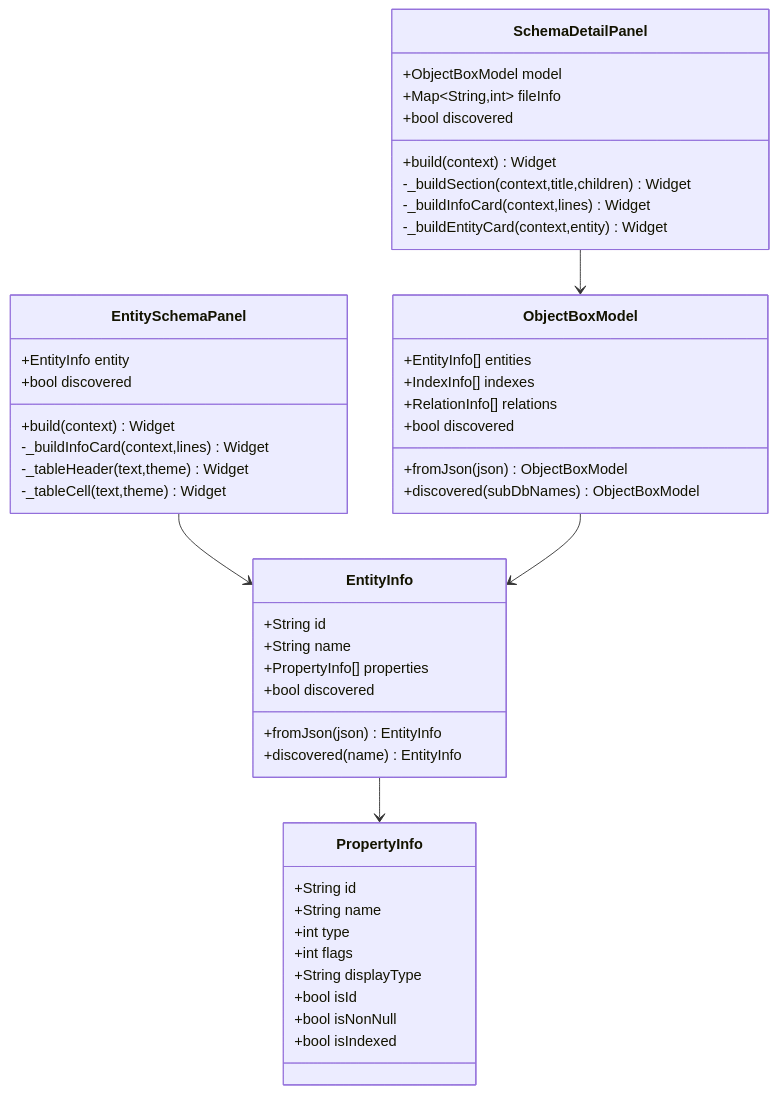
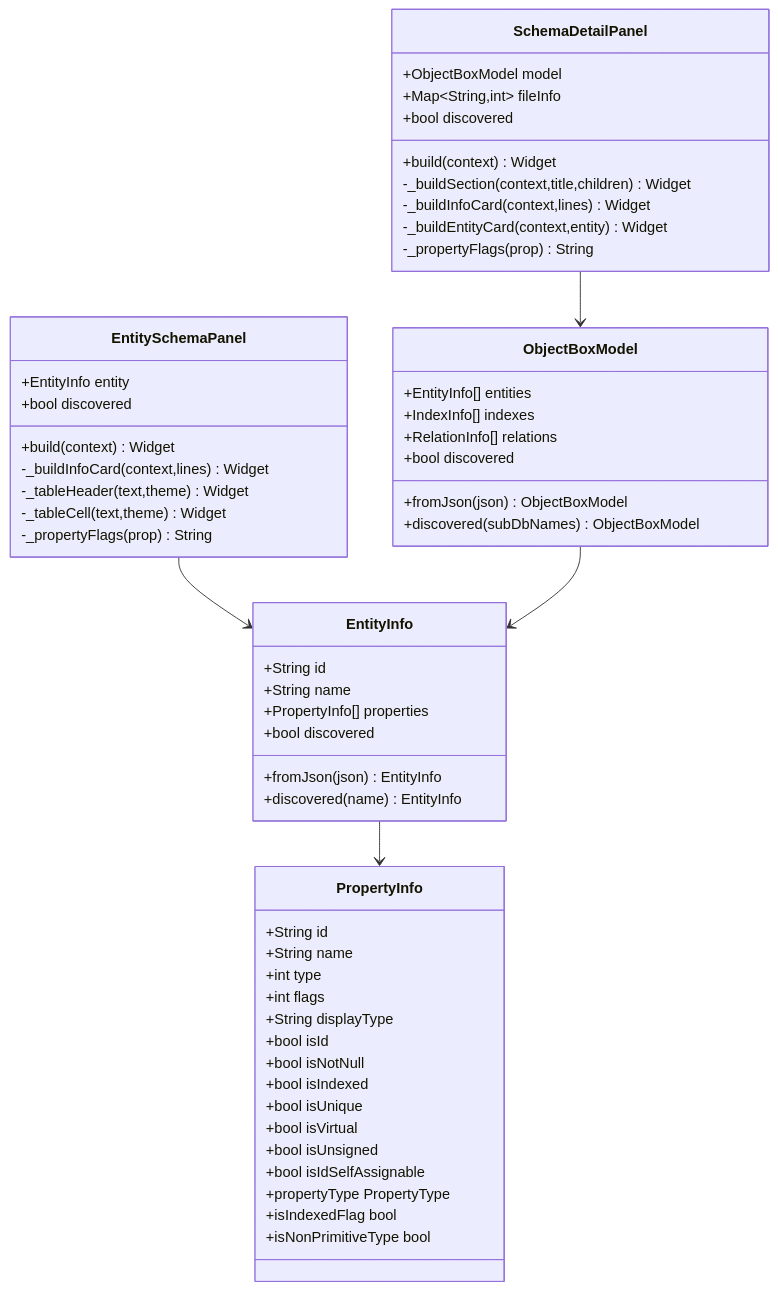
The second of 12 diagrams in .qoder/repowiki/zh/content/UI 组件/Schema 详情面板.md (kongpf8848/objectbox_viewer), drawn with Mermaid before and after one commit. The commit also changed other lines of this file and 9 other files, not shown here.

````diff
--- a/.qoder/repowiki/zh/content/UI 组件/Schema 详情面板.md
+++ b/.qoder/repowiki/zh/content/UI 组件/Schema 详情面板.md
@@ -85,50 +93,59 @@
 ```mermaid
 classDiagram
 class SchemaDetailPanel {
 +ObjectBoxModel model
 +Map~String,int~ fileInfo
 +bool discovered
 +build(context) Widget
 -_buildSection(context,title,children) Widget
 -_buildInfoCard(context,lines) Widget
 -_buildEntityCard(context,entity) Widget
+-_propertyFlags(prop) String
 }
 class EntitySchemaPanel {
 +EntityInfo entity
 +bool discovered
 +build(context) Widget
 -_buildInfoCard(context,lines) Widget
 -_tableHeader(text,theme) Widget
 -_tableCell(text,theme) Widget
+-_propertyFlags(prop) String
 }
 class ObjectBoxModel {
 +EntityInfo[] entities
 +IndexInfo[] indexes
 +RelationInfo[] relations
 +bool discovered
 +fromJson(json) ObjectBoxModel
 +discovered(subDbNames) ObjectBoxModel
 }
 class EntityInfo {
 +String id
 +String name
 +PropertyInfo[] properties
 +bool discovered
 +fromJson(json) EntityInfo
 +discovered(name) EntityInfo
 }
 class PropertyInfo {
 +String id
 +String name
 +int type
 +int flags
 +String displayType
 +bool isId
-+bool isNonNull
++bool isNotNull
 +bool isIndexed
++bool isUnique
++bool isVirtual
++bool isUnsigned
++bool isIdSelfAssignable
++propertyType PropertyType
++isIndexedFlag bool
++isNonPrimitiveType bool
 }
 SchemaDetailPanel --> ObjectBoxModel
 EntitySchemaPanel --> EntityInfo
 ObjectBoxModel --> EntityInfo
 EntityInfo --> PropertyInfo
 ```
````
